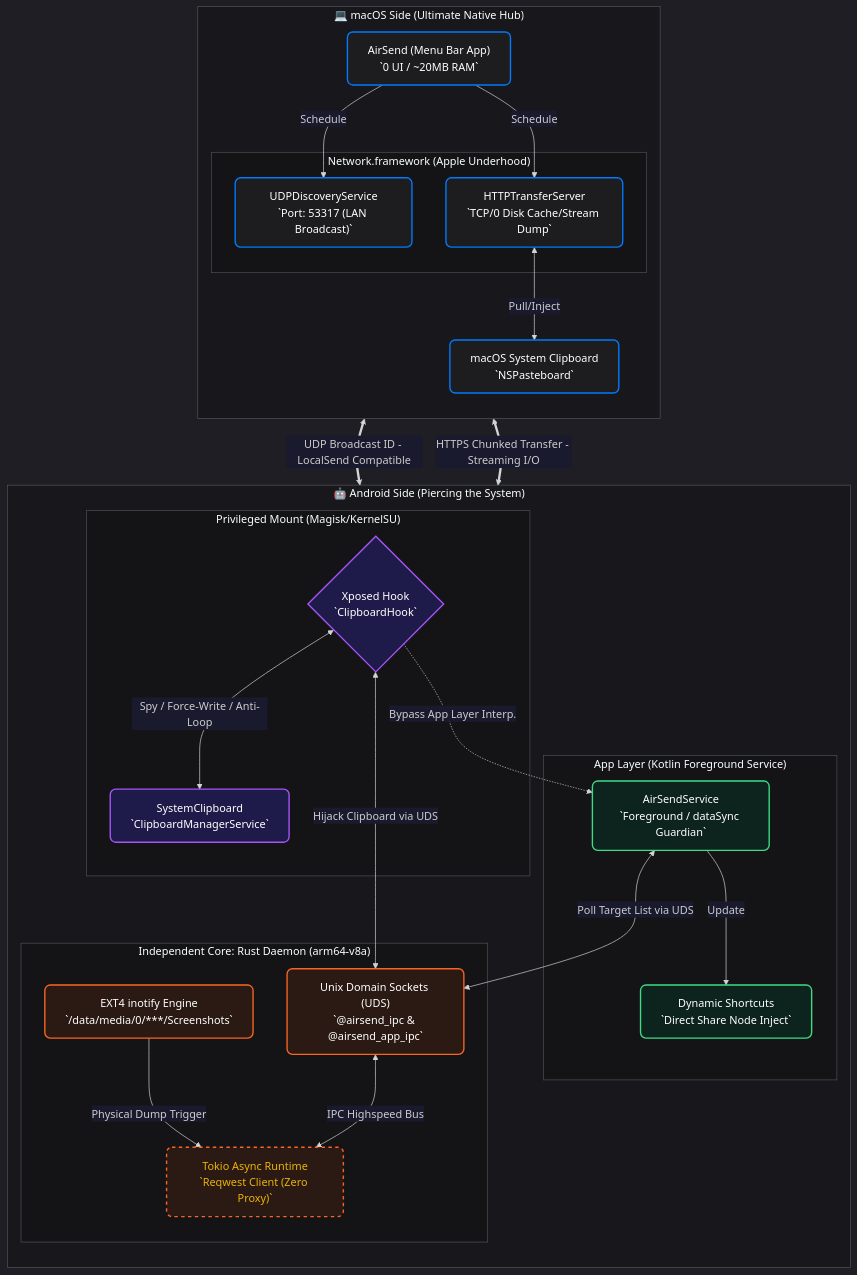
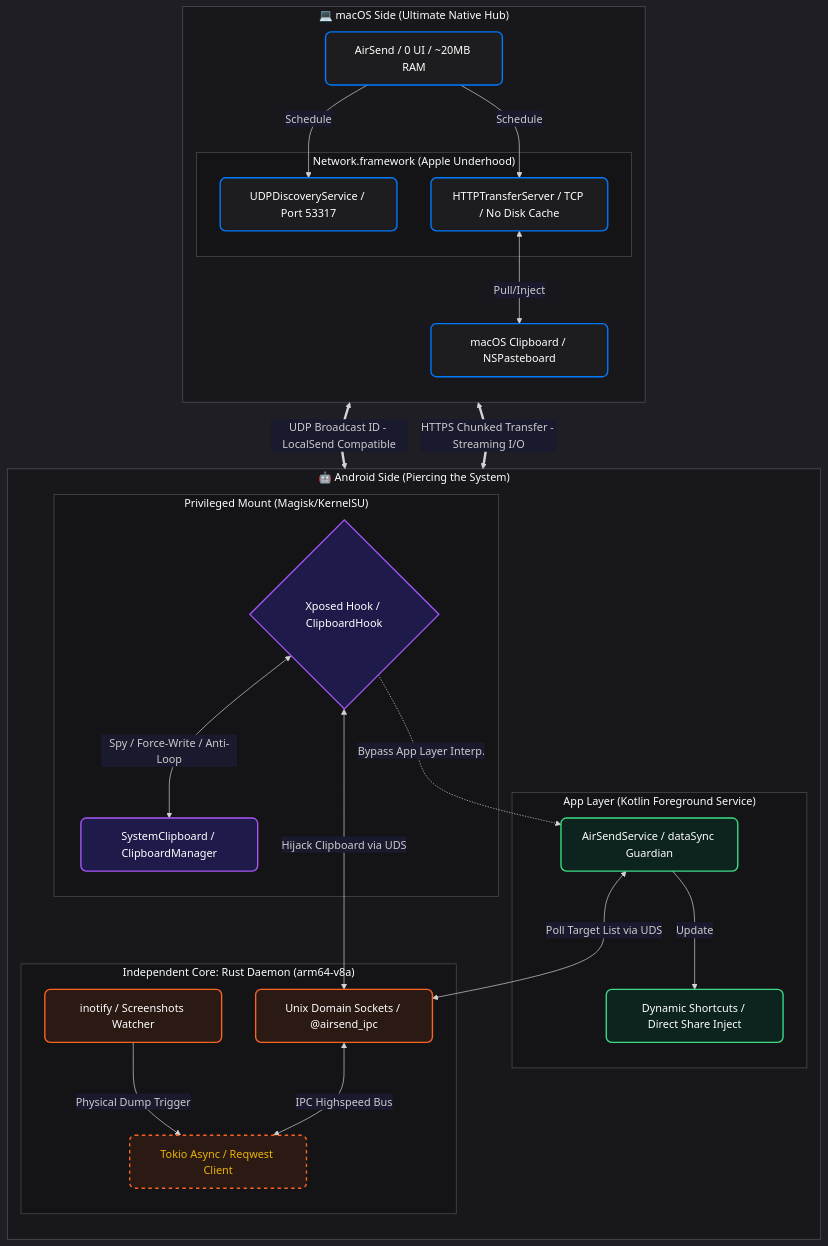
The diagram in README_en.md (Avi7ii/AirSend), drawn with Mermaid before and after one commit. The commit also changed 1 other file, not shown here.

Commit message:
fix: clean up Mermaid node labels - remove literal \n and backticks

````diff
--- a/README_en.md
+++ b/README_en.md
@@ -59,75 +59,75 @@
 ```mermaid
 %%{init: {'theme': 'dark', 'themeVariables': {'background': 'transparent', 'clusterBkg': '#0d0d0d55', 'edgeLabelBackground': '#1a1a2e'}}}%%
 flowchart TB
     %% ==========================================
     %% Global Style Def (Geek Dark Theme)
     %% ==========================================
     classDef mac_node fill:#1d1d1f,stroke:#007aff,stroke-width:2px,color:#fff,rx:8px,ry:8px
     classDef android_node fill:#0d231e,stroke:#3ddc84,stroke-width:2px,color:#fff,rx:8px,ry:8px
     classDef daemon_node fill:#2b1a13,stroke:#f86523,stroke-width:2px,color:#fff,rx:8px,ry:8px
     classDef magic_node fill:#1e1b4b,stroke:#a855f7,stroke-width:2px,color:#fff,rx:8px,ry:8px
     classDef protocol_line color:#eab308,stroke-width:2px,stroke-dasharray: 5 5
 
     %% ==========================================
     %% Part 1: macOS Receiver (The Elegant Core)
     %% ==========================================
     subgraph macOS_Side ["💻 macOS Side (Ultimate Native Hub)"]
         direction TB
-        MainApp["AirSend (Menu Bar App)\n`0 UI / ~20MB RAM`"]:::mac_node
+        MainApp["AirSend / 0 UI / ~20MB RAM"]:::mac_node
         
         subgraph Mac_Network ["Network.framework (Apple Underhood)"]
-            UDP_Disc["UDPDiscoveryService\n`Port: 53317 (LAN Broadcast)`"]:::mac_node
-            HTTP_Trans["HTTPTransferServer\n`TCP/0 Disk Cache/Stream Dump`"]:::mac_node
+            UDP_Disc["UDPDiscoveryService / Port 53317"]:::mac_node
+            HTTP_Trans["HTTPTransferServer / TCP / No Disk Cache"]:::mac_node
         end
         
-        Mac_Clipboard["macOS System Clipboard\n`NSPasteboard`"]:::mac_node
+        Mac_Clipboard["macOS Clipboard / NSPasteboard"]:::mac_node
 
         MainApp -->|Schedule| UDP_Disc
         MainApp -->|Schedule| HTTP_Trans
         HTTP_Trans <-->|Pull/Inject| Mac_Clipboard
     end
 
     %% ==========================================
     %% Part 2: Android Sender (The God-Mode Engine)
     %% ==========================================
     subgraph Android_Side ["🤖 Android Side (Piercing the System)"]
         direction TB
         
         %% 2.1 Kotlin App Layer
         subgraph App_Layer ["App Layer (Kotlin Foreground Service)"]
-            ForegroundSvc["AirSendService\n`Foreground / dataSync Guardian`"]:::android_node
-            ShortcutManager["Dynamic Shortcuts\n`Direct Share Node Inject`"]:::android_node
+            ForegroundSvc["AirSendService / dataSync Guardian"]:::android_node
+            ShortcutManager["Dynamic Shortcuts / Direct Share Inject"]:::android_node
             ForegroundSvc -->|Update| ShortcutManager
         end
 
         %% 2.2 Xposed/LSPosed Layer
         subgraph Magisk_Modules ["Privileged Mount (Magisk/KernelSU)"]
-            LSPosedHook{"Xposed Hook\n`ClipboardHook`"}:::magic_node
-            SystemClip["SystemClipboard\n`ClipboardManagerService`"]:::magic_node
+            LSPosedHook{"Xposed Hook / ClipboardHook"}:::magic_node
+            SystemClip["SystemClipboard / ClipboardManager"]:::magic_node
             LSPosedHook <-->|Spy / Force-Write / Anti-Loop| SystemClip
             LSPosedHook -.->|Bypass App Layer Interp.| ForegroundSvc
         end
 
         %% 2.3 Rust Daemon Layer
         subgraph Rust_Daemon ["Independent Core: Rust Daemon (arm64-v8a)"]
-            inotify["EXT4 inotify Engine\n`/data/media/0/***/Screenshots`"]:::daemon_node
-            TokioCore["Tokio Async Runtime\n`Reqwest Client (Zero Proxy)`"]:::daemon_node
-            UDSServer["Unix Domain Sockets (UDS)\n`@airsend_ipc & @airsend_app_ipc`"]:::daemon_node
+            inotify["inotify / Screenshots Watcher"]:::daemon_node
+            TokioCore["Tokio Async / Reqwest Client"]:::daemon_node
+            UDSServer["Unix Domain Sockets / @airsend_ipc"]:::daemon_node
             
             inotify -->|Physical Dump Trigger| TokioCore
             UDSServer <-->|IPC Highspeed Bus| TokioCore
         end
 
         %% Android Internal IPC
         %% Android Internal IPC
         ForegroundSvc <-->|Poll Target List via UDS| UDSServer
         LSPosedHook <-->|Hijack Clipboard via UDS| UDSServer
     end
 
     %% ==========================================
     %% Part 3: LAN Cross-Border
     %% ==========================================
     UDP_Disc <==>|UDP Broadcast ID - LocalSend Compatible| TokioCore:::protocol_line
     HTTP_Trans <==>|HTTPS Chunked Transfer - Streaming I/O| TokioCore:::protocol_line
 
 ```
````
